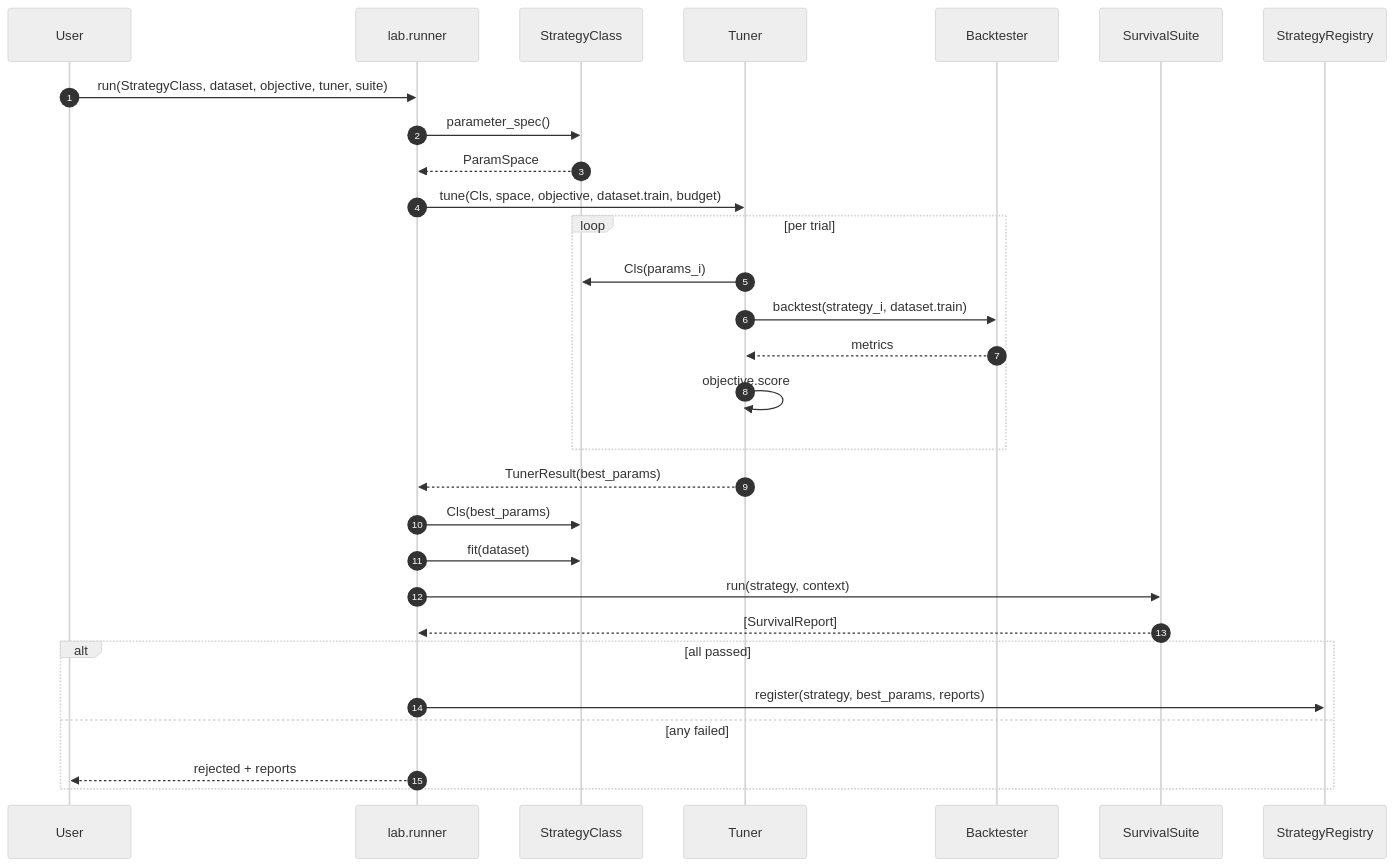
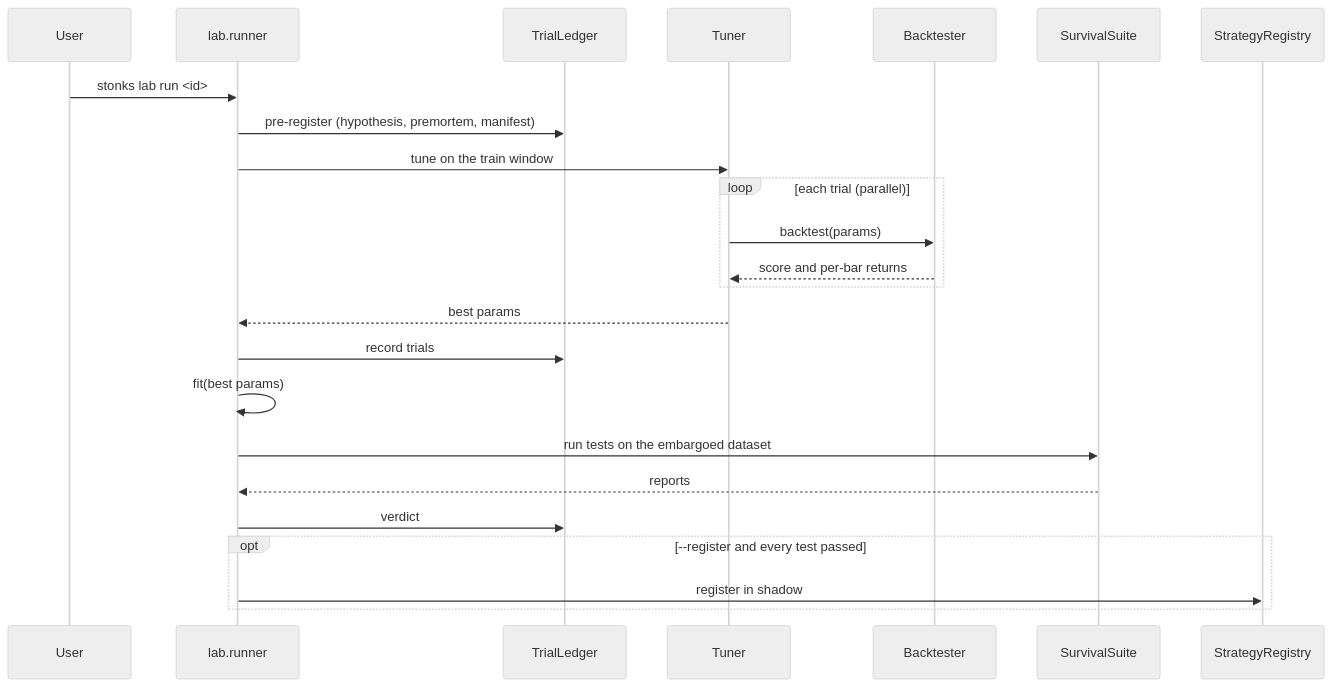
Before and after one commit to sleousis/Stonks: the diagram in docs/blocks/03_strategy_lab.md, drawn with Mermaid (neutral theme). The commit also changed other lines of this file and 7 other files, not shown here.

````diff
--- a/docs/blocks/03_strategy_lab.md
+++ b/docs/blocks/03_strategy_lab.md
@@ -114,32 +94,26 @@
 ```mermaid
 sequenceDiagram
-    autonumber
     participant User
     participant Runner as lab.runner
-    participant Cls as StrategyClass
+    participant Ledger as TrialLedger
     participant Tuner
     participant BT as Backtester
     participant Suite as SurvivalSuite
     participant Reg as StrategyRegistry
-
-    User->>Runner: run(StrategyClass, dataset, objective, tuner, suite)
-    Runner->>Cls: parameter_spec()
-    Cls-->>Runner: ParamSpace
-    Runner->>Tuner: tune(Cls, space, objective, dataset.train, budget)
-    loop per trial
-        Tuner->>Cls: Cls(params_i)
-        Tuner->>BT: backtest(strategy_i, dataset.train)
-        BT-->>Tuner: metrics
-        Tuner->>Tuner: objective.score
+    User->>Runner: stonks lab run <id>
+    Runner->>Ledger: pre-register (hypothesis, premortem, manifest)
+    Runner->>Tuner: tune on the train window
+    loop each trial (parallel)
+        Tuner->>BT: backtest(params)
+        BT-->>Tuner: score and per-bar returns
     end
-    Tuner-->>Runner: TunerResult(best_params)
-    Runner->>Cls: Cls(best_params)
-    Runner->>Cls: fit(dataset)
-    Runner->>Suite: run(strategy, context)
-    Suite-->>Runner: [SurvivalReport]
-    alt all passed
-        Runner->>Reg: register(strategy, best_params, reports)
-    else any failed
-        Runner-->>User: rejected + reports
+    Tuner-->>Runner: best params
+    Runner->>Ledger: record trials
+    Runner->>Runner: fit(best params)
+    Runner->>Suite: run tests on the embargoed dataset
+    Suite-->>Runner: reports
+    Runner->>Ledger: verdict
+    opt --register and every test passed
+        Runner->>Reg: register in shadow
     end
 ```
````
